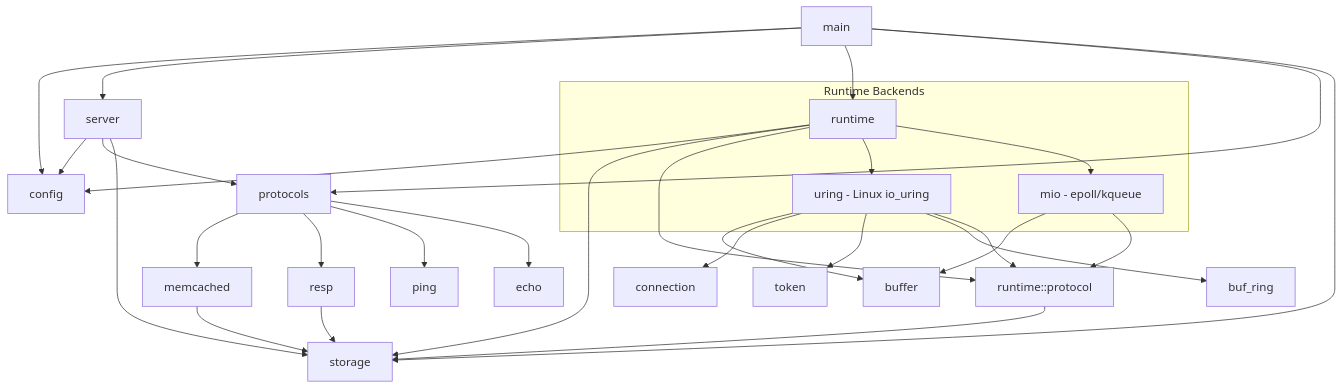
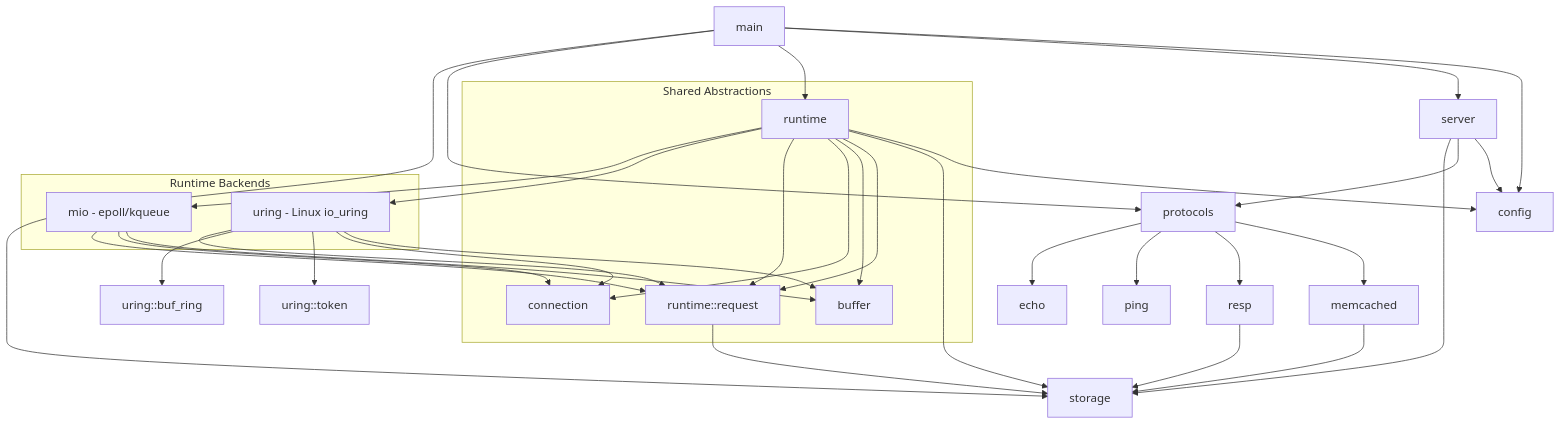
The diagram in docs/architecture.md (pelikan-io/grow-a-cache), drawn with Mermaid before and after one commit. The commit also changed other lines of this file and 11 other files, not shown here.

First line of the commit message:
Refactor runtime module with shared connection abstractions

````diff
--- a/docs/architecture.md
+++ b/docs/architecture.md
@@ -5,40 +5,47 @@
 ```mermaid
 graph TD
     main --> config
     main --> server
     main --> runtime
     main --> protocols
     main --> storage
 
     server --> config
     server --> protocols
     server --> storage
 
     runtime --> config
     runtime --> storage
-    runtime --> runtime_protocol[runtime::protocol]
+    runtime --> runtime_request[runtime::request]
 
-    runtime_protocol --> storage
+    runtime_request --> storage
+
+    subgraph runtime_shared[Shared Abstractions]
+        runtime --> buffer
+        runtime --> connection
+        runtime --> runtime_request
+    end
 
     subgraph runtime_backends[Runtime Backends]
         runtime --> uring[uring - Linux io_uring]
         runtime --> mio[mio - epoll/kqueue]
     end
 
     uring --> buffer
     uring --> connection
-    uring --> token
-    uring --> buf_ring
-    uring --> runtime_protocol
+    uring --> token[uring::token]
+    uring --> buf_ring[uring::buf_ring]
+    uring --> runtime_request
 
     mio --> buffer
-    mio --> runtime_protocol
+    mio --> connection
+    mio --> runtime_request
 
     protocols --> memcached
     protocols --> resp
     protocols --> ping
     protocols --> echo
 
     memcached --> storage
     resp --> storage
 ```
````
